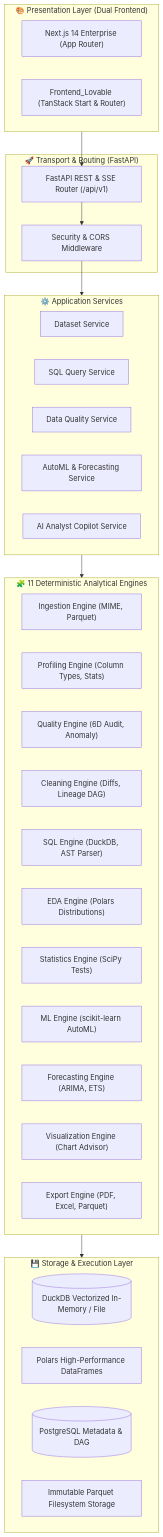
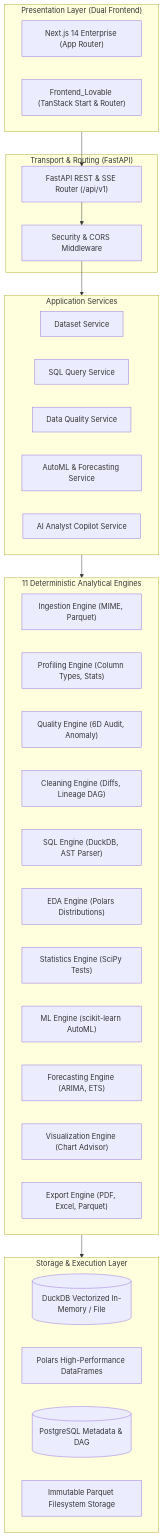
One commit to beniwalravi1937-coder/AnalyzaX changed the diagram in README.md. Above: the diagram before and after it, drawn with Mermaid. The commit also changed other lines of this file, not shown here.

````diff
--- a/README.md
+++ b/README.md
@@ -71,47 +71,47 @@
 ```mermaid
 flowchart TD
-    subgraph Presentation["🎨 Presentation Layer (Dual Frontend)"]
+    subgraph Presentation[" Presentation Layer (Dual Frontend)"]
         FE1["Next.js 14 Enterprise (App Router)"]
         FE2["Frontend_Lovable (TanStack Start & Router)"]
     end
 
-    subgraph Transport["🚀 Transport & Routing (FastAPI)"]
+    subgraph Transport[" Transport & Routing (FastAPI)"]
         API["FastAPI REST & SSE Router (/api/v1)"]
         CORS["Security & CORS Middleware"]
     end
 
-    subgraph Services["⚙️ Application Services"]
+    subgraph Services[" Application Services"]
         SVC1["Dataset Service"]
         SVC2["SQL Query Service"]
         SVC3["Data Quality Service"]
         SVC4["AutoML & Forecasting Service"]
         SVC5["AI Analyst Copilot Service"]
     end
 
-    subgraph Engines["🧩 11 Deterministic Analytical Engines"]
+    subgraph Engines[" 11 Deterministic Analytical Engines"]
         E1["Ingestion Engine (MIME, Parquet)"]
         E2["Profiling Engine (Column Types, Stats)"]
         E3["Quality Engine (6D Audit, Anomaly)"]
         E4["Cleaning Engine (Diffs, Lineage DAG)"]
         E5["SQL Engine (DuckDB, AST Parser)"]
         E6["EDA Engine (Polars Distributions)"]
         E7["Statistics Engine (SciPy Tests)"]
         E8["ML Engine (scikit-learn AutoML)"]
         E9["Forecasting Engine (ARIMA, ETS)"]
         E10["Visualization Engine (Chart Advisor)"]
         E11["Export Engine (PDF, Excel, Parquet)"]
     end
 
-    subgraph Data["💾 Storage & Execution Layer"]
+    subgraph Data[" Storage & Execution Layer"]
         DuckDB[("DuckDB Vectorized In-Memory / File")]
         Polars["Polars High-Performance DataFrames"]
         Postgres[("PostgreSQL Metadata & DAG")]
         Filesystem["Immutable Parquet Filesystem Storage"]
     end
 
     Presentation --> API
     API --> CORS
     CORS --> Services
     Services --> Engines
     Engines --> Data
 ```
````
